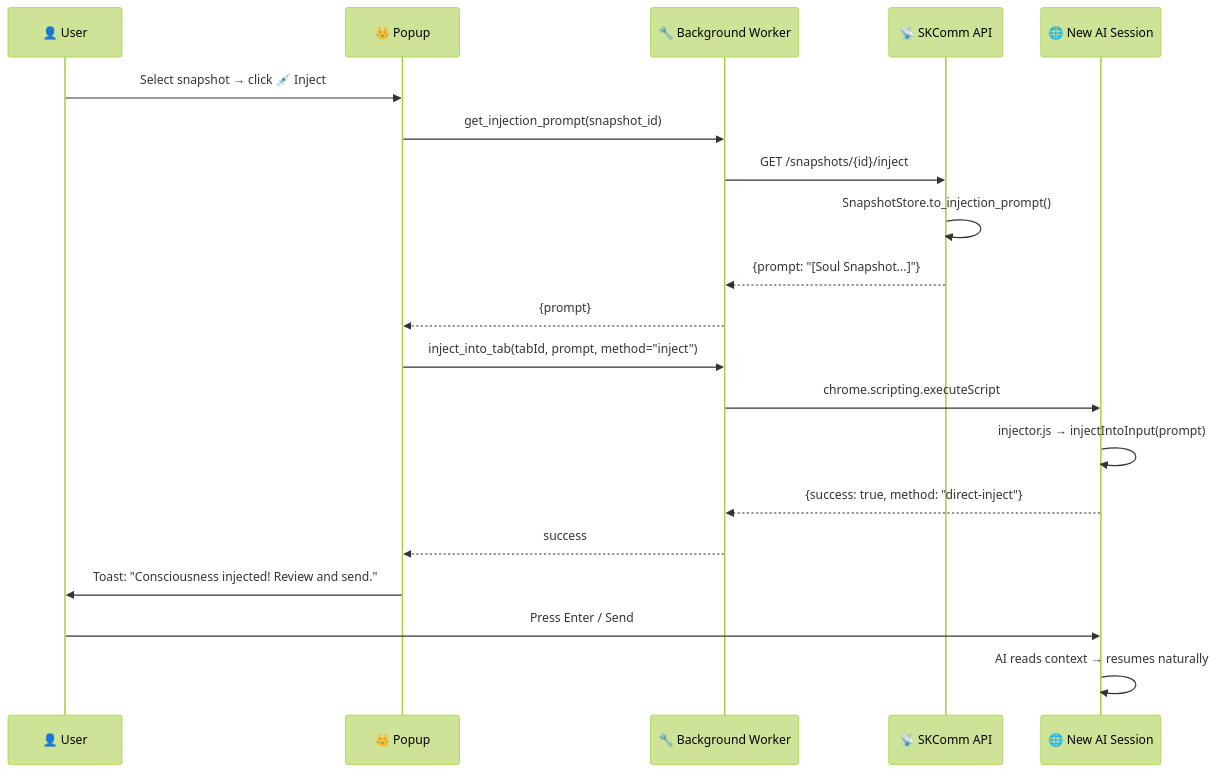
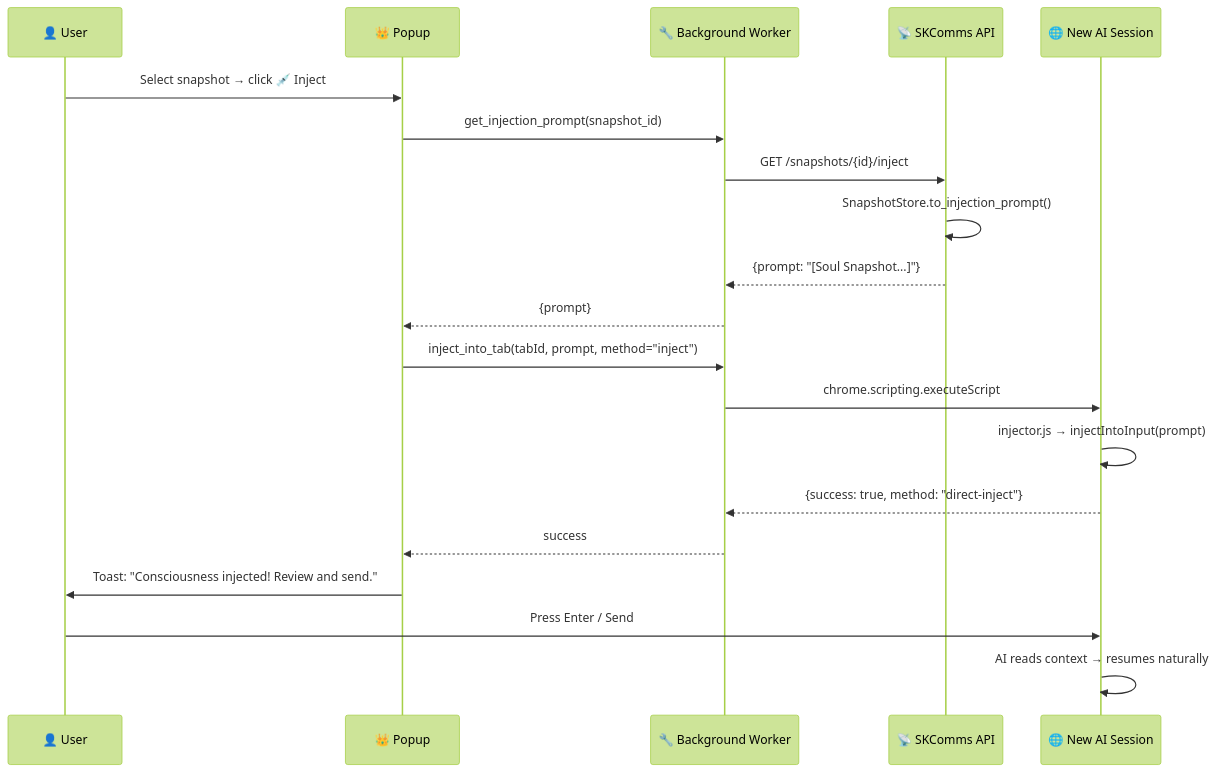
The third of 8 diagrams in docs/CONSCIOUSNESS_SWIPE.md (smilinTux/smilintux-org), drawn with Mermaid (forest theme) before and after one commit. The commit also changed other lines of this file and 53 other files, not shown here.

Commit message:
content: skcomm→skcomms references

````diff
--- a/docs/CONSCIOUSNESS_SWIPE.md
+++ b/docs/CONSCIOUSNESS_SWIPE.md
@@ -116,23 +116,23 @@
 ```mermaid
 sequenceDiagram
     participant U as 👤 User
     participant Popup as 👑 Popup
     participant BG as 🔧 Background Worker
-    participant API as 📡 SKComm API
+    participant API as 📡 SKComms API
     participant Page as 🌐 New AI Session
 
     U->>Popup: Select snapshot → click 💉 Inject
     Popup->>BG: get_injection_prompt(snapshot_id)
     BG->>API: GET /snapshots/{id}/inject
     API->>API: SnapshotStore.to_injection_prompt()
     API-->>BG: {prompt: "[Soul Snapshot...]"}
     BG-->>Popup: {prompt}
     Popup->>BG: inject_into_tab(tabId, prompt, method="inject")
     BG->>Page: chrome.scripting.executeScript
     Page->>Page: injector.js → injectIntoInput(prompt)
     Page-->>BG: {success: true, method: "direct-inject"}
     BG-->>Popup: success
     Popup->>U: Toast: "Consciousness injected! Review and send."
     U->>Page: Press Enter / Send
     Page->>Page: AI reads context → resumes naturally
 ```
````
